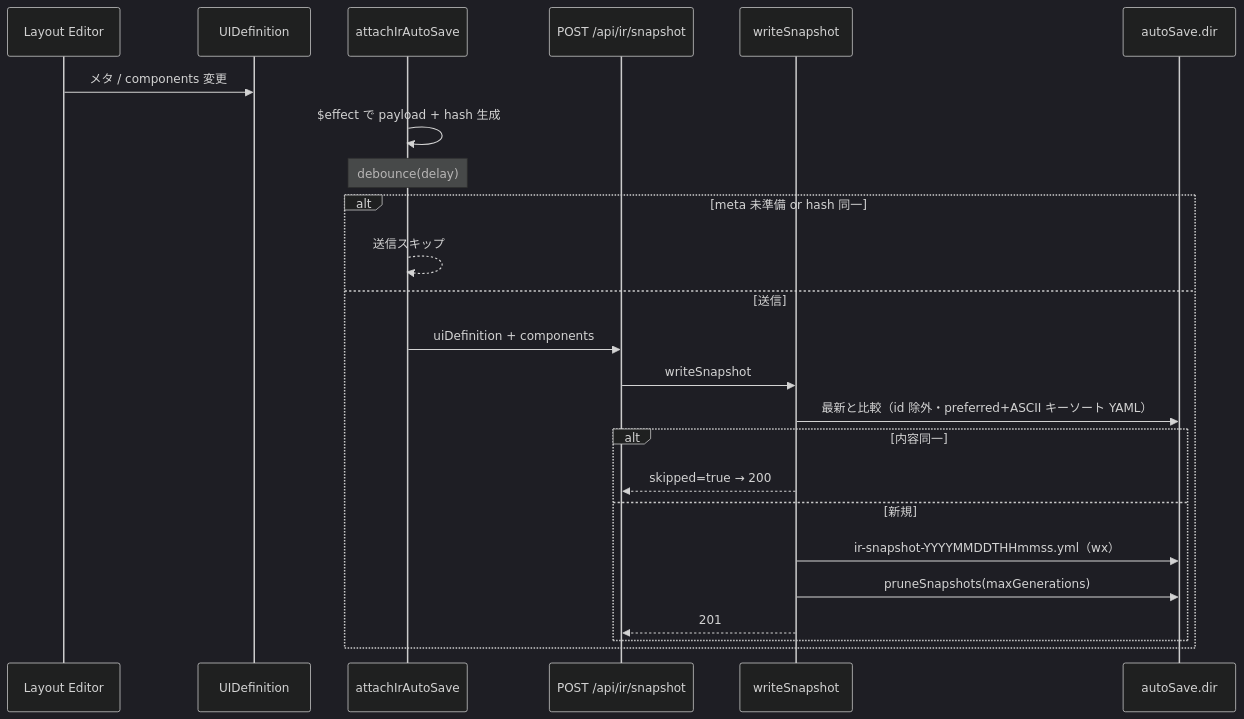
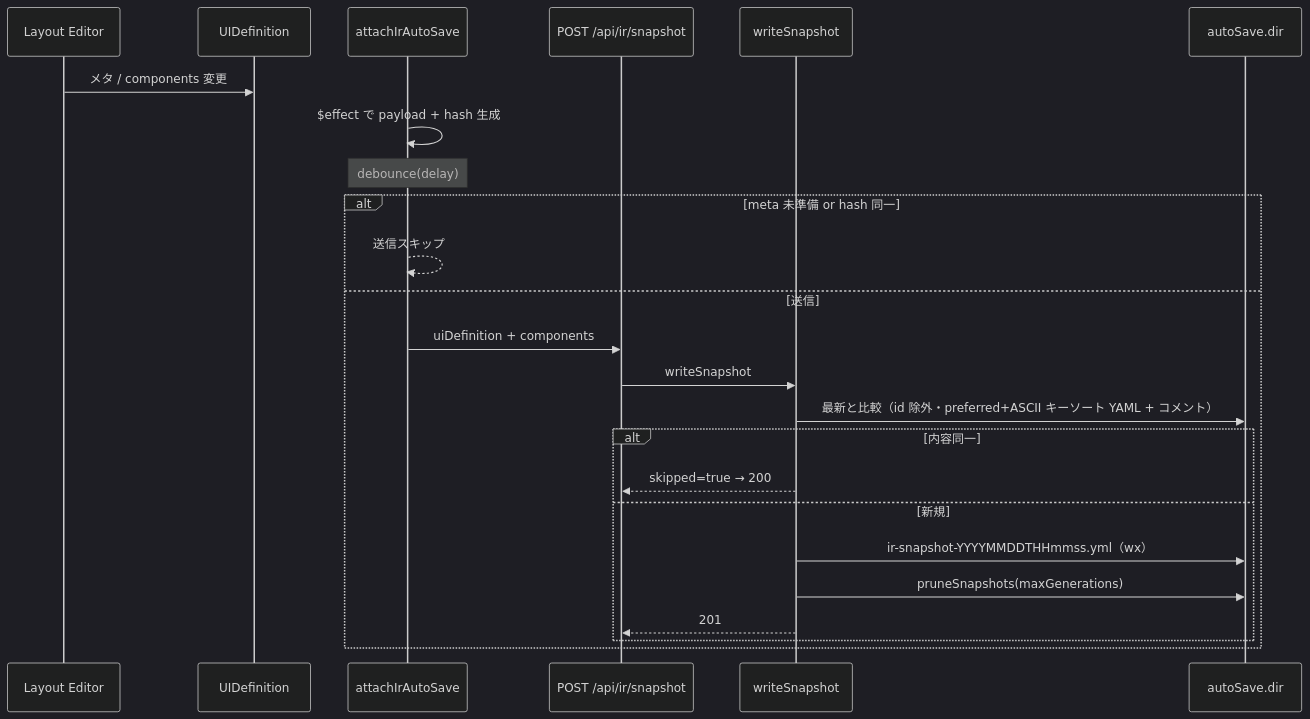
One commit to tatsuEX/lightweight-ir-modeler changed the diagram in docs/use-cases/ir-snapshot-auto-save.md. Above: the diagram before and after it, drawn with Mermaid (dark theme). The commit also changed other lines of this file and 30 other files, not shown here.

````diff
--- a/docs/use-cases/ir-snapshot-auto-save.md
+++ b/docs/use-cases/ir-snapshot-auto-save.md
@@ -35,27 +36,27 @@
 ```mermaid
 sequenceDiagram
   participant Editor as Layout Editor
   participant Store as UIDefinition
   participant Auto as attachIrAutoSave
   participant API as POST /api/ir/snapshot
   participant IO as writeSnapshot
   participant Disk as autoSave.dir
 
   Editor->>Store: メタ / components 変更
   Auto->>Auto: $effect で payload + hash 生成
   Note over Auto: debounce(delay)
   alt meta 未準備 or hash 同一
     Auto-->>Auto: 送信スキップ
   else 送信
     Auto->>API: uiDefinition + components
     API->>IO: writeSnapshot
-    IO->>Disk: 最新と比較（id 除外・preferred+ASCII キーソート YAML）
+    IO->>Disk: 最新と比較（id 除外・preferred+ASCII キーソート YAML + コメント）
     alt 内容同一
       IO-->>API: skipped=true → 200
     else 新規
       IO->>Disk: ir-snapshot-YYYYMMDDTHHmmss.yml（wx）
       IO->>Disk: pruneSnapshots(maxGenerations)
       IO-->>API: 201
     end
   end
 ```
````
